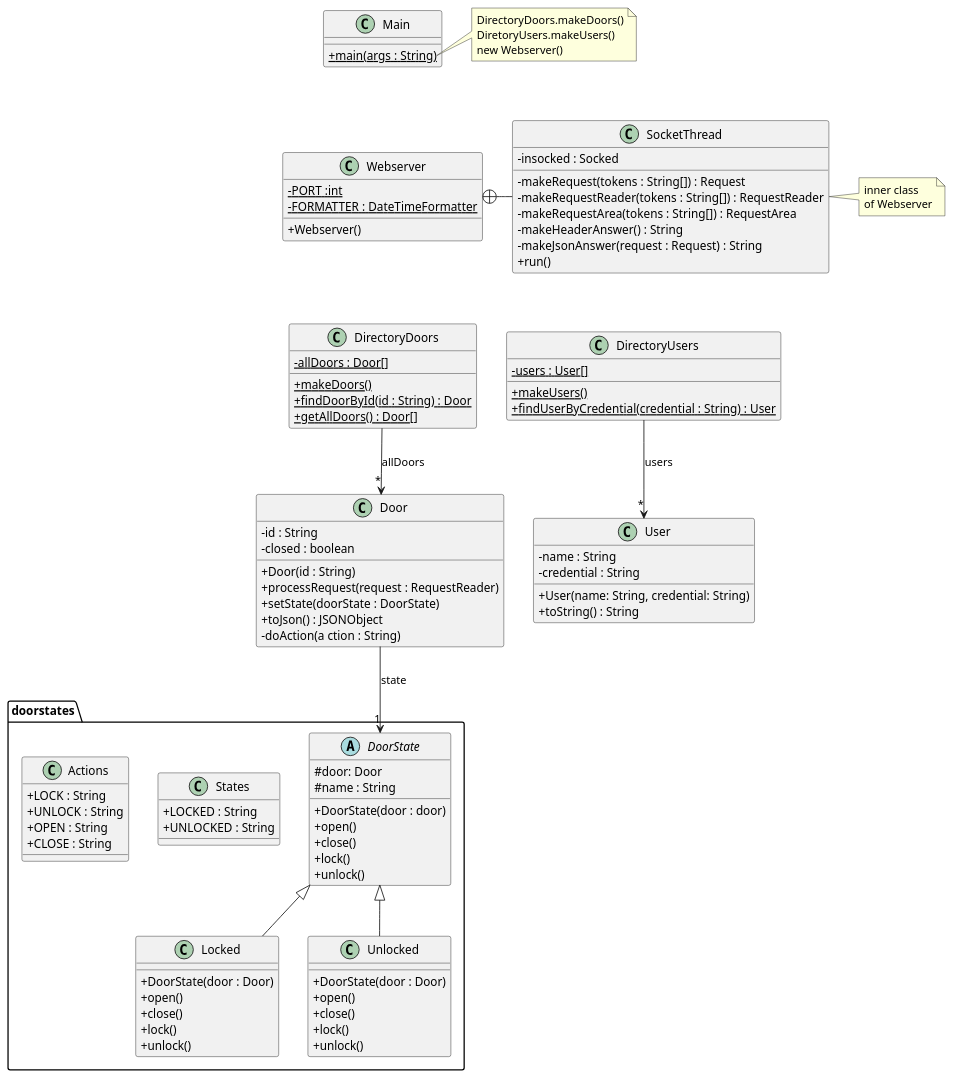
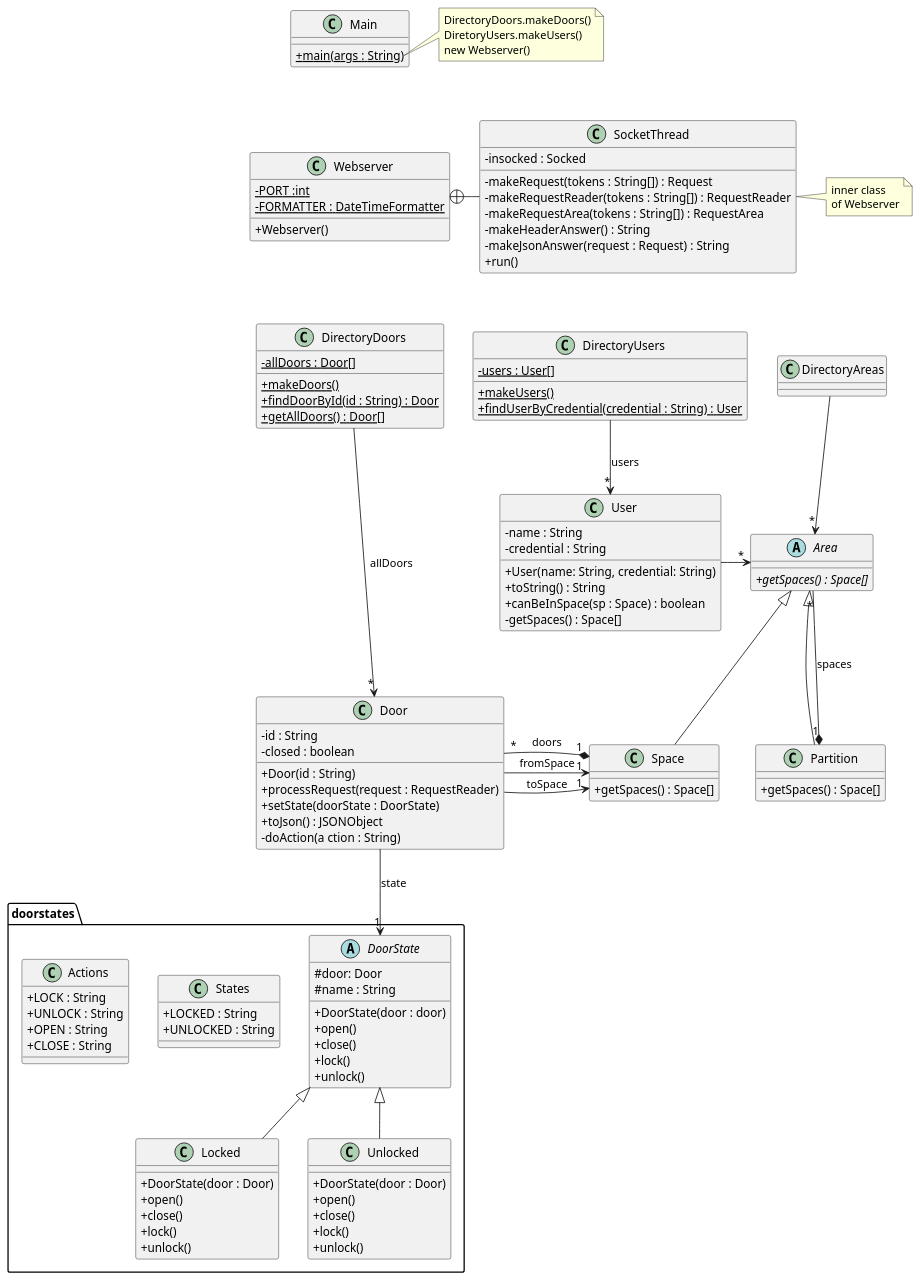
The diagram in src/baseNoStates/uml/base_no_states.puml (leonhrt/DSW-ACS), drawn with PlantUML before and after one commit. The commit also changed 3 other files, not shown here.

Commit message:
state-pattern done + partitions composite uml

```diff
--- a/src/baseNoStates/uml/base_no_states.puml
+++ b/src/baseNoStates/uml/base_no_states.puml
@@ -1,124 +1,150 @@
 @startuml
 'https://plantuml.com/class-diagram
 skinparam classAttributeIconSize 0
 
 class Webserver {
 - {static} PORT :int
 - {static} FORMATTER : DateTimeFormatter
 + Webserver()
 }
 
 class SocketThread {
 - insocked : Socked
 - makeRequest(tokens : String[]) : Request
 - makeRequestReader(tokens : String[]) : RequestReader
 - makeRequestArea(tokens : String[]) : RequestArea
 - makeHeaderAnswer() : String
 - makeJsonAnswer(request : Request) : String
 + run()
 }
 
 Webserver +-right- SocketThread
 
 note right of SocketThread
 inner class
 of Webserver
 end note
 
 class DirectoryDoors {
 - {static} allDoors : Door[]
 + {static} makeDoors()
 + {static} findDoorById(id : String) : Door
 + {static} getAllDoors() : Door[]
 }
 
 DirectoryDoors --> "*" Door : "allDoors"
 
 class DirectoryUsers {
 - {static} users : User[]
 + {static} makeUsers()
 + {static} findUserByCredential(credential : String) : User
 }
 
 DirectoryUsers --> "*" User : "users"
 
 class Door {
 - id : String
 - closed : boolean
 + Door(id : String)
 + processRequest(request : RequestReader)
 + setState(doorState : DoorState)
 + toJson() : JSONObject
 '+ toString() : String
 '+ isClosed() :boolean
 '+ setClosed(b : boolean)
 '+ getStateName() : String
 - doAction(a ction : String)
 }
 
+class Space extends Area{
++getSpaces() : Space[]
+}
+
+class Partition extends Area{
++getSpaces() : Space[]
+}
+
+
 package "doorstates" {
 abstract class DoorState{
 # door: Door
 #name : String
 +DoorState(door : door)
 +open()
 +close()
 +lock()
 +unlock()
 }
 
 class Locked extends DoorState{
 +DoorState(door : Door)
 +open()
 +close()
 +lock()
 +unlock()
 }
 
 class Unlocked extends DoorState{
 +DoorState(door : Door)
 +open()
 +close()
 +lock()
 +unlock()
 }
 
 class States{
 +LOCKED : String
 +UNLOCKED : String
 }
 
 class Actions{
 +LOCK : String
 +UNLOCK : String
 +OPEN : String
 + CLOSE : String
 }
-
 }
 
+class DirectoryAreas{}
 
-Door --> " 1" DoorState : state
+
+
 
 class User {
 - name : String
 - credential : String
 + User(name: String, credential: String)
 + toString() : String
++ canBeInSpace(sp : Space) : boolean
+- getSpaces() : Space[]
+}
+
+abstract Class Area{
++{abstract}getSpaces() : Space[]
 }
 
 
 class Main {
 + {static} main(args : String)
 }
 
 note right of Main::main
 DirectoryDoors.makeDoors()
 DiretoryUsers.makeUsers()
 new Webserver()
 end note
 
 Main -[hidden]down- Webserver
 Webserver -[hidden]down- DirectoryDoors
 DirectoryDoors -[hidden]right- DirectoryUsers
+
+
+Door --> " 1" DoorState : state
+Door -> "1" Space : fromSpace
+Door -> "1" Space : toSpace
+Space "1" *-left- "*" Door : doors
+User -> "*" Area
+Partition "1" *-- "*" Area : spaces
+DirectoryAreas -down-> "*" Area
+
 @enduml
```
